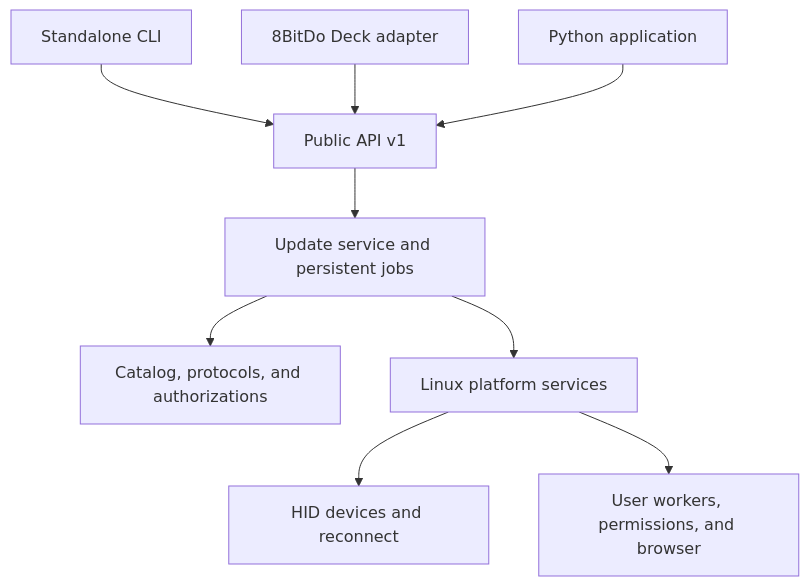
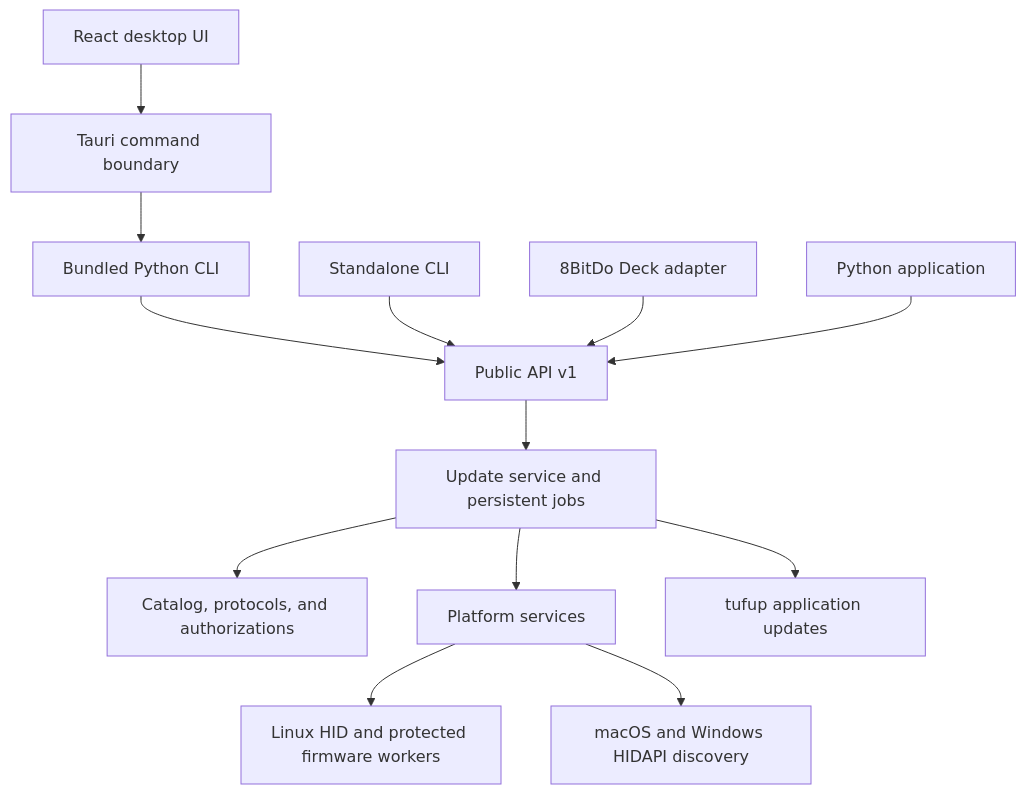
One commit to trevor-scheer/8bitdo-deck changed the diagram in docs/architecture.md. Above: the diagram before and after it, drawn with Mermaid. The commit also changed other lines of this file and 6 other files, not shown here.

Commit message:
document desktop packages and platform-specific firmware limits

````diff
--- a/docs/architecture.md
+++ b/docs/architecture.md
@@ -5,11 +5,15 @@
 ```mermaid
 flowchart TD
-    CLI[Standalone CLI] --> API[Public API v1]
+    Desktop[React desktop UI] --> Rust[Tauri command boundary]
+    Rust --> Sidecar[Bundled Python CLI]
+    Sidecar --> API[Public API v1]
+    CLI[Standalone CLI] --> API
     Decky[8BitDo Deck adapter] --> API
     Client[Python application] --> API
     API --> Service[Update service and persistent jobs]
     Service --> Firmware[Catalog, protocols, and authorizations]
-    Service --> Linux[Linux platform services]
-    Linux --> USB[HID devices and reconnect]
-    Linux --> Host[User workers, permissions, and browser]
+    Service --> Host[Platform services]
+    Host --> Linux[Linux HID and protected firmware workers]
+    Host --> Other[macOS and Windows HIDAPI discovery]
+    Service --> AppUpdates[tufup application updates]
 ```
````
